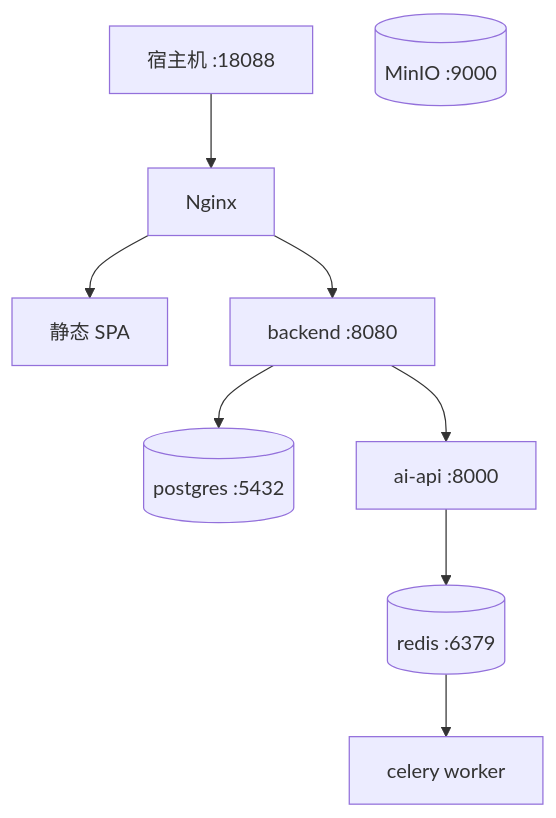
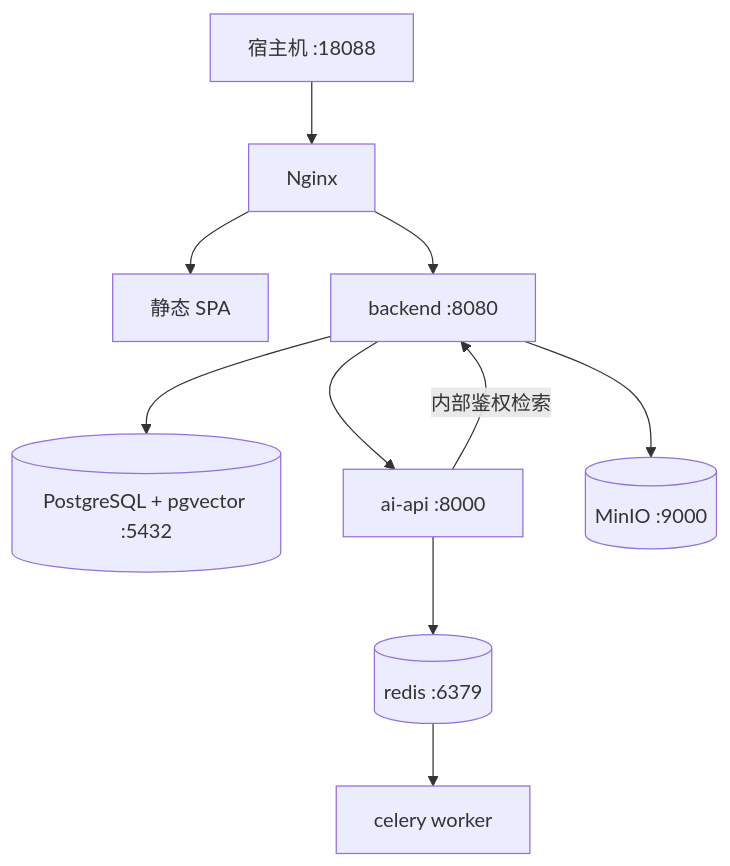
One commit to SkylerZhu016/care-guard-ai changed the diagram in docs/architecture/DEPLOYMENT.md. Above: the diagram before and after it, drawn with Mermaid. The commit also changed other lines of this file and 54 other files, not shown here.

````diff
--- a/docs/architecture/DEPLOYMENT.md
+++ b/docs/architecture/DEPLOYMENT.md
@@ -5,11 +5,12 @@
 ```mermaid
 flowchart TB
   Host[宿主机 :18088] --> N[Nginx]
   N --> SPA[静态 SPA]
   N --> BE[backend :8080]
-  BE --> DB[(postgres :5432)]
+  BE --> DB[(PostgreSQL + pgvector :5432)]
   BE --> AI[ai-api :8000]
+  AI -->|内部鉴权检索| BE
+  BE --> M[(MinIO :9000)]
   AI --> R[(redis :6379)]
   R --> W[celery worker]
-  M[(MinIO :9000)]
 ```
````
